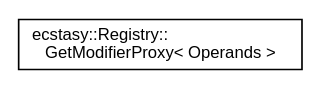
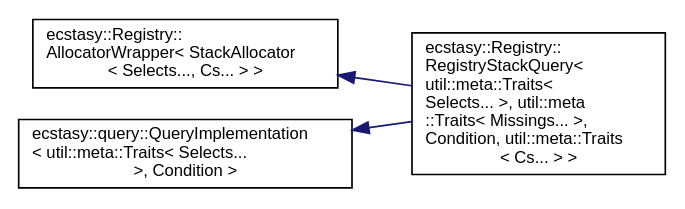
One commit to AndreasLrx/ecstasy changed the diagram in inherit_graph_52.dot. Above: the diagram before and after it, drawn with Graphviz. The commit also changed 445 other files, not shown here.

```diff
--- a/inherit_graph_52.dot
+++ b/inherit_graph_52.dot
@@ -1,8 +1,12 @@
 digraph "Graphical Class Hierarchy"
 {
  // LATEX_PDF_SIZE
   edge [fontname="Helvetica",fontsize="10",labelfontname="Helvetica",labelfontsize="10"];
   node [fontname="Helvetica",fontsize="10",shape=record];
   rankdir="LR";
-  Node0 [label="ecstasy::Registry::\lGetModifierProxy\< Operands \>",height=0.2,width=0.4,color="black", fillcolor="white", style="filled",URL="$structecstasy_1_1_registry_1_1_get_modifier_proxy.html",tooltip="Proxy structure to extract the operand types using template partial specialization."];
+  Node0 [label="ecstasy::Registry::\lAllocatorWrapper\< StackAllocator\l\< Selects..., Cs... \> \>",height=0.2,width=0.4,color="black", fillcolor="white", style="filled",URL="$classecstasy_1_1_registry_1_1_allocator_wrapper.html",tooltip=" "];
+  Node0 -> Node1 [dir="back",color="midnightblue",fontsize="10",style="solid",fontname="Helvetica"];
+  Node1 [label="ecstasy::Registry::\lRegistryStackQuery\<\l util::meta::Traits\<\l Selects... \>, util::meta\l::Traits\< Missings... \>,\l Condition, util::meta::Traits\l\< Cs... \> \>",height=0.2,width=0.4,color="black", fillcolor="white", style="filled",URL="$classecstasy_1_1_registry_1_1_registry_stack_query_3_01util_1_1meta_1_1_traits_3_01_selects_8_8_67423517c508eca6c225f0c9a9067d5e.html",tooltip="Registry query allocating everything on the stack (if allocation required)."];
+  Node139 [label="ecstasy::query::QueryImplementation\l\< util::meta::Traits\< Selects...\l \>, Condition \>",height=0.2,width=0.4,color="black", fillcolor="white", style="filled",URL="$classecstasy_1_1query_1_1_query_implementation.html",tooltip=" "];
+  Node139 -> Node1 [dir="back",color="midnightblue",fontsize="10",style="solid",fontname="Helvetica"];
 }
```
